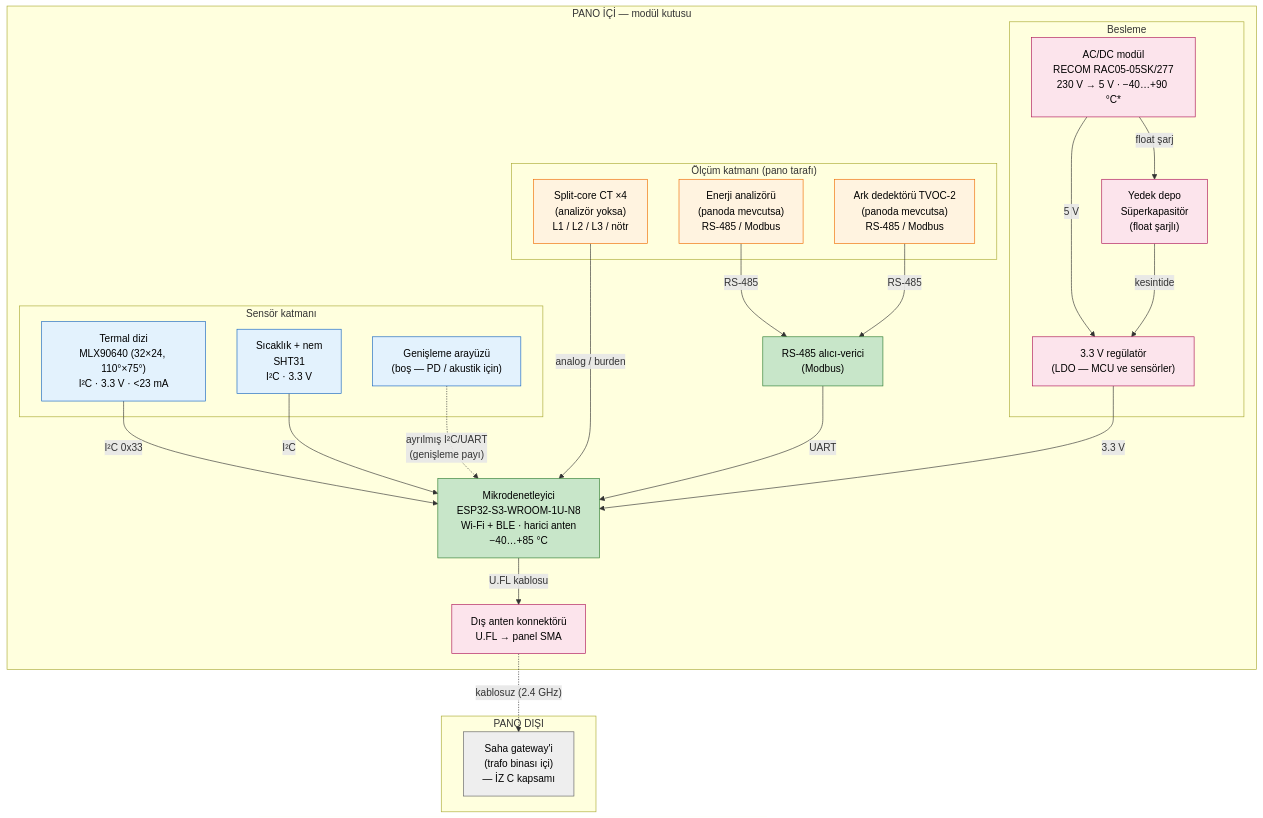
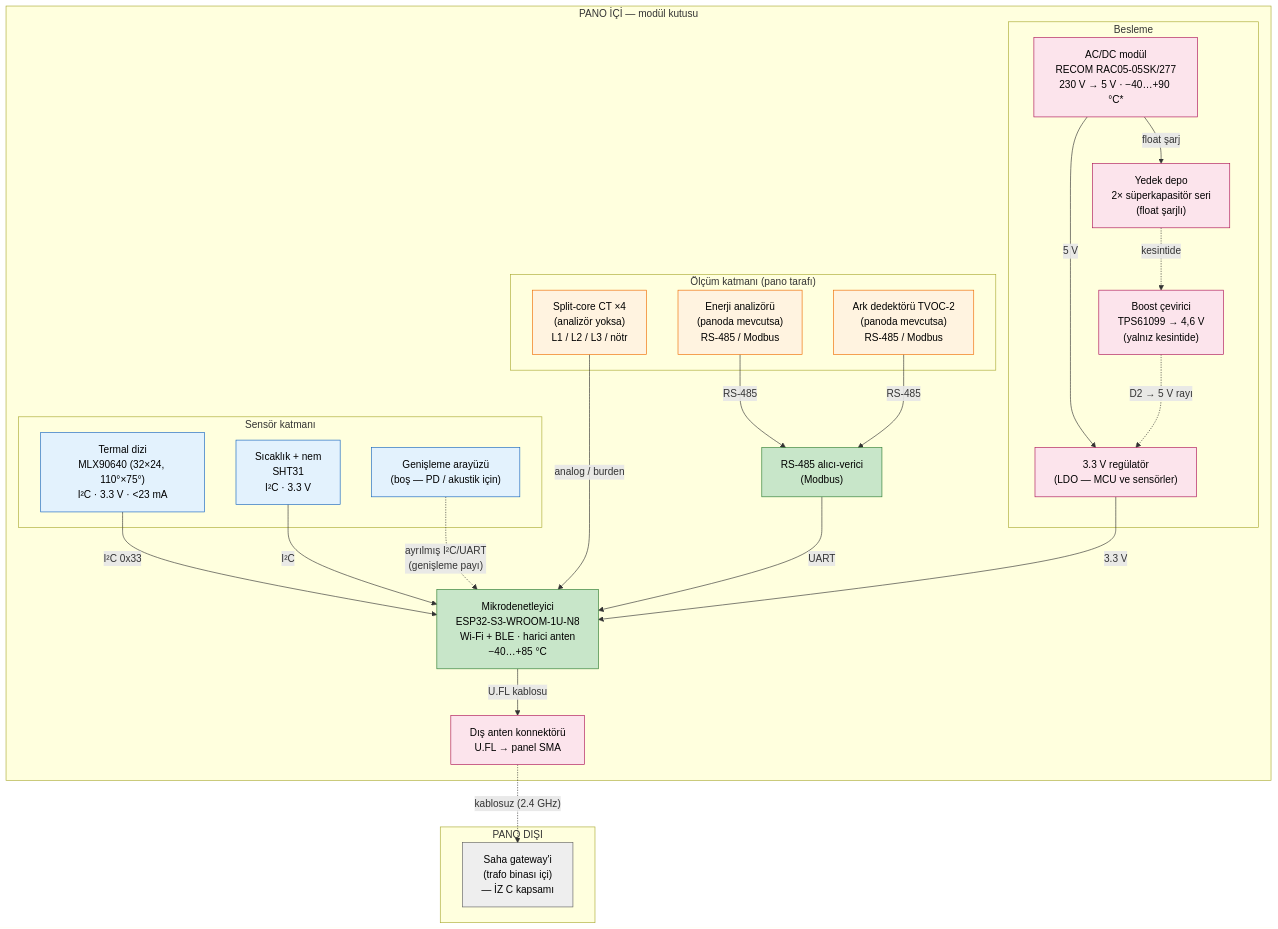
Before and after one commit to LogiAI-Marmara/Grid-Up-Hackathon: the diagram in docs/track-a/01-blok-sema.md, drawn with Mermaid. The commit also changed other lines of this file and 1 other file, not shown here.

Commit message:
İZ A: 01 blok şemaya boost çevirici bloğu (02 5b / 03 §3.4 ile aynı zincir), §1.3 besleme satırı; eda/README float ≈4,7 V ile derate 4,6 V ayrıldı (#16)

````diff
--- a/docs/track-a/01-blok-sema.md
+++ b/docs/track-a/01-blok-sema.md
@@ -11,58 +11,60 @@
 ```mermaid
 flowchart TB
     subgraph PANO["PANO İÇİ — modül kutusu"]
         subgraph SENSOR["Sensör katmanı"]
             T["Termal dizi<br/>MLX90640 (32×24, 110°×75°)<br/>I²C · 3.3 V · &lt;23 mA"]
             TH["Sıcaklık + nem<br/>SHT31<br/>I²C · 3.3 V"]
             EXT["Genişleme arayüzü<br/>(boş — PD / akustik için)"]
         end
 
         subgraph OLCUM["Ölçüm katmanı (pano tarafı)"]
             AN["Enerji analizörü<br/>(panoda mevcutsa)<br/>RS-485 / Modbus"]
             CT["Split-core CT ×4<br/>(analizör yoksa)<br/>L1 / L2 / L3 / nötr"]
             ARC["Ark dedektörü TVOC-2<br/>(panoda mevcutsa)<br/>RS-485 / Modbus"]
         end
 
         MCU["Mikrodenetleyici<br/>ESP32-S3-WROOM-1U-N8<br/>Wi-Fi + BLE · harici anten<br/>−40…+85 °C"]
         RX["RS-485 alıcı-verici<br/>(Modbus)"]
 
         subgraph GUC["Besleme"]
             PSU["AC/DC modül<br/>RECOM RAC05-05SK/277<br/>230 V → 5 V · −40…+90 °C*"]
-            SC["Yedek depo<br/>Süperkapasitör<br/>(float şarjlı)"]
+            SC["Yedek depo<br/>2× süperkapasitör seri<br/>(float şarjlı)"]
+            BST["Boost çevirici<br/>TPS61099 → 4,6 V<br/>(yalnız kesintide)"]
             LDO["3.3 V regülatör<br/>(LDO — MCU ve sensörler)"]
         end
 
         ANT["Dış anten konnektörü<br/>U.FL → panel SMA"]
     end
 
     subgraph DISI["PANO DIŞI"]
         GWA["Saha gateway'i<br/>(trafo binası içi)<br/>— İZ C kapsamı"]
     end
 
     T -->|"I²C 0x33"| MCU
     TH -->|"I²C"| MCU
     EXT -.->|"ayrılmış I²C/UART<br/>(genişleme payı)"| MCU
     AN -->|"RS-485"| RX
     ARC -->|"RS-485"| RX
     CT -->|"analog / burden"| MCU
     RX -->|"UART"| MCU
 
     PSU -->|"5 V"| LDO
     PSU -->|"float şarj"| SC
-    SC -->|"kesintide"| LDO
+    SC -.->|"kesintide"| BST
+    BST -.->|"D2 → 5 V rayı"| LDO
     LDO -->|"3.3 V"| MCU
 
     MCU -->|"U.FL kablosu"| ANT
     ANT -.->|"kablosuz (2.4 GHz)"| GWA
 
     classDef sensor fill:#e3f2fd,stroke:#1565c0,color:#000
     classDef olcum fill:#fff3e0,stroke:#ef6c00,color:#000
     classDef mcu fill:#c8e6c9,stroke:#2e7d32,color:#000
     classDef guc fill:#fce4ec,stroke:#ad1457,color:#000
     classDef disi fill:#eeeeee,stroke:#616161,color:#000
     class T,TH,EXT sensor
     class AN,CT,ARC olcum
     class MCU,RX mcu
-    class PSU,SC,LDO,ANT guc
+    class PSU,SC,BST,LDO,ANT guc
     class GWA disi
 ```
````
